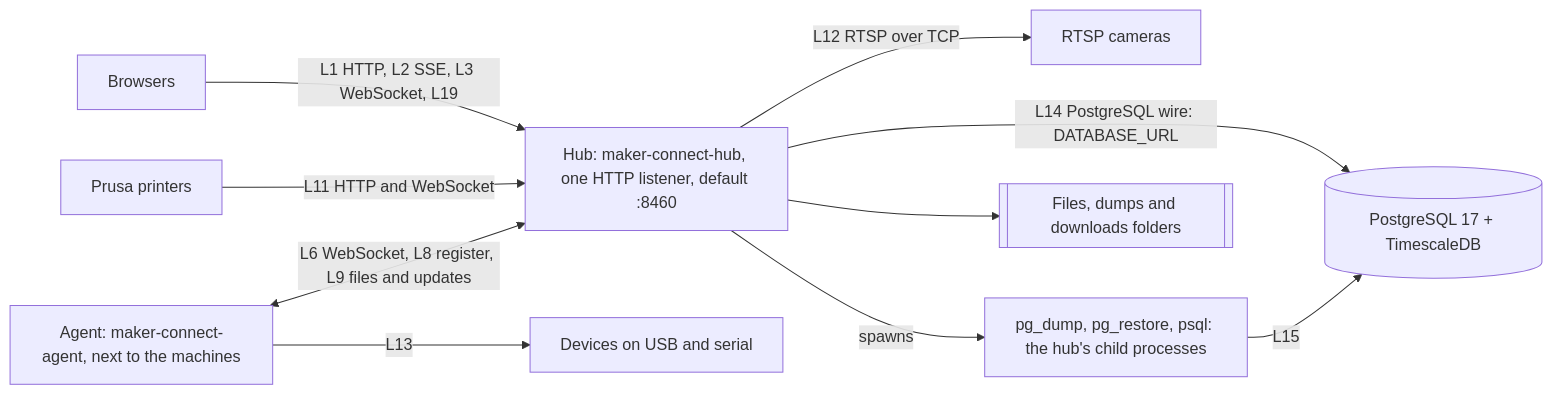
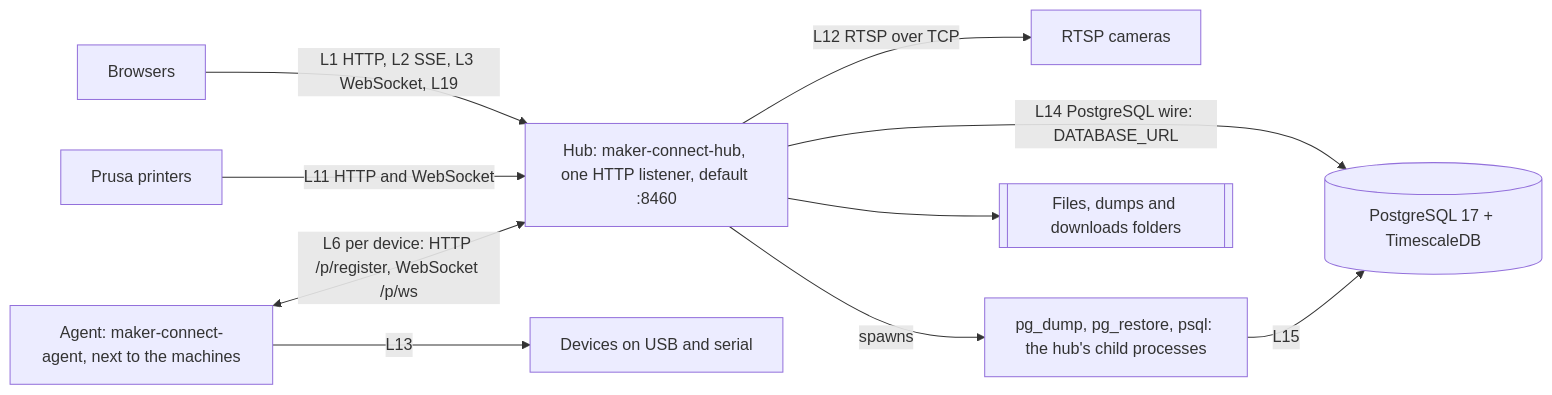
The second of 5 diagrams in docs/design/architecture.md (CuriousTimo/Maker-Connect), drawn with Mermaid before and after one commit. The commit also changed other lines of this file and 12 other files, not shown here.

````diff
--- a/docs/design/architecture.md
+++ b/docs/design/architecture.md
@@ -44,21 +44,21 @@
 ```mermaid
 flowchart LR
   browser["Browsers"]
   prusa["Prusa printers"]
   rtsp["RTSP cameras"]
   hub["Hub: maker-connect-hub, one HTTP listener, default :8460"]
   tools["pg_dump, pg_restore, psql: the hub's child processes"]
   db[("PostgreSQL 17 + TimescaleDB")]
   folders[["Files, dumps and downloads folders"]]
   agent["Agent: maker-connect-agent, next to the machines"]
   devs["Devices on USB and serial"]
   browser -->|"L1 HTTP, L2 SSE, L3 WebSocket, L19"| hub
   prusa -->|"L11 HTTP and WebSocket"| hub
   hub -->|"L12 RTSP over TCP"| rtsp
-  agent <-->|"L6 WebSocket, L8 register, L9 files and updates"| hub
+  agent <-->|"L6 per device: HTTP /p/register, WebSocket /p/ws"| hub
   hub -->|"L14 PostgreSQL wire: DATABASE_URL"| db
   hub -->|"spawns"| tools
   tools -->|"L15"| db
   hub --> folders
   agent -->|"L13"| devs
 ```
````
